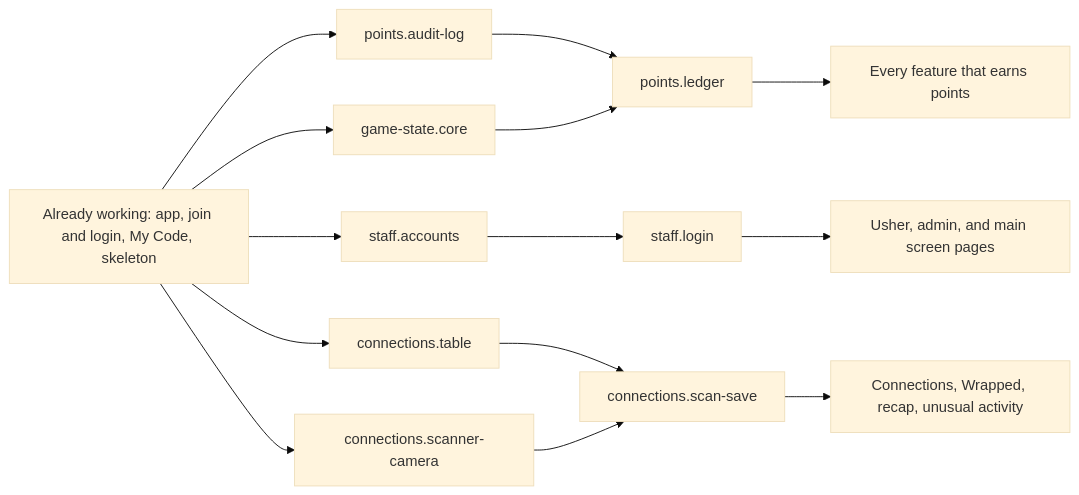
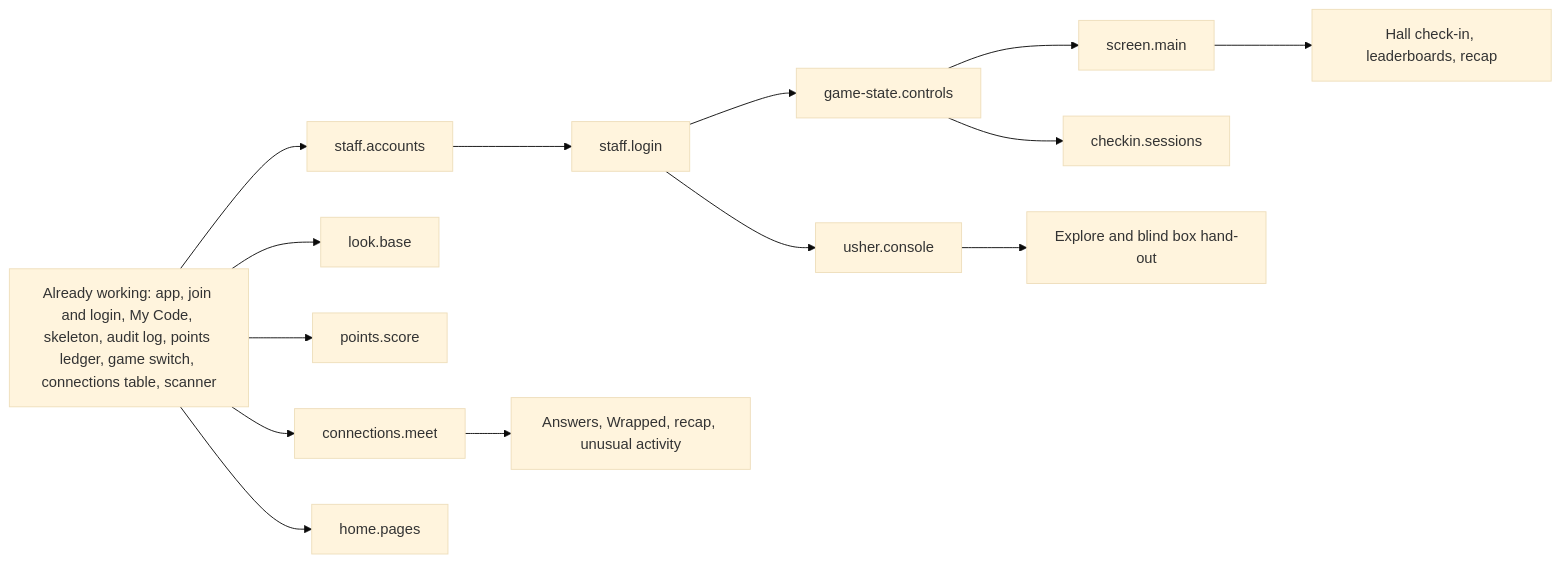
Before and after one commit to jonathango98/nextgen27-sidequest: the diagram in foundation/16-feature-tree.md, drawn with Mermaid (base theme). The commit also changed other lines of this file and 16 other files, not shown here.

First line of the commit message:
docs: feature tree slices with hand tests on the PR preview (#59)

````diff
--- a/foundation/16-feature-tree.md
+++ b/foundation/16-feature-tree.md
@@ -25,17 +27,17 @@
 ```mermaid
 flowchart LR
-  built[Already working: app, join and login, My Code, skeleton]
-  built --> audit[points.audit-log]
-  built --> state[game-state.core]
+  built[Already working: app, join and login, My Code, skeleton, audit log, points ledger, game switch, connections table, scanner]
   built --> accounts[staff.accounts]
-  built --> table[connections.table]
-  built --> camera[connections.scanner-camera]
-  audit --> ledger[points.ledger]
-  state --> ledger
   accounts --> login[staff.login]
-  table --> scan[connections.scan-save]
-  camera --> scan
-  ledger --> earning[Every feature that earns points]
-  login --> staffpages[Usher, admin, and main screen pages]
-  scan --> people[Connections, Wrapped, recap, unusual activity]
+  built --> look[look.base]
+  built --> score[points.score]
+  built --> meet[connections.meet]
+  built --> home[home.pages]
+  login --> controls[game-state.controls]
+  login --> usher[usher.console]
+  controls --> screen[screen.main]
+  controls --> sessions[checkin.sessions]
+  meet --> people[Answers, Wrapped, recap, unusual activity]
+  usher --> stations[Explore and blind box hand-out]
+  screen --> big[Hall check-in, leaderboards, recap]
 ```
````
